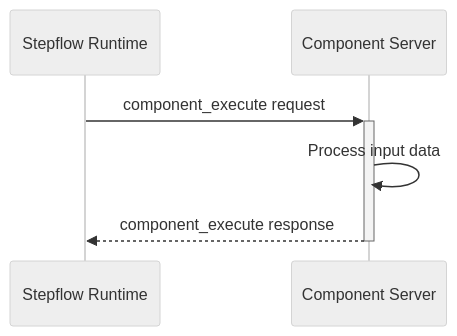
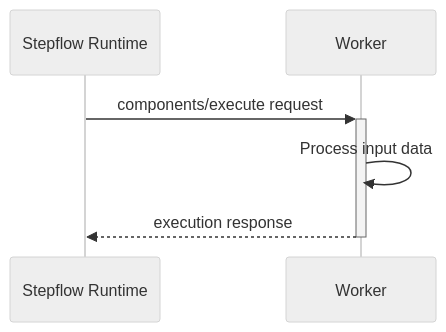
Before and after one commit to stepflow-ai/stepflow: the second of 3 diagrams in docs/docs/protocol/index.md, drawn with Mermaid (neutral theme). The commit also changed other lines of this file and 8 other files, not shown here.

````diff
--- a/docs/docs/protocol/index.md
+++ b/docs/docs/protocol/index.md
@@ -112,9 +111,9 @@
 ```mermaid
 sequenceDiagram
     participant Runtime as Stepflow Runtime
-    participant Server as Component Server
+    participant Worker as Worker
 
-    Runtime->>+Server: component_execute request
-    Server->>Server: Process input data
-    Server-->>-Runtime: component_execute response
+    Runtime->>+Worker: components/execute request
+    Worker->>Worker: Process input data
+    Worker-->>-Runtime: execution response
 ```
````
